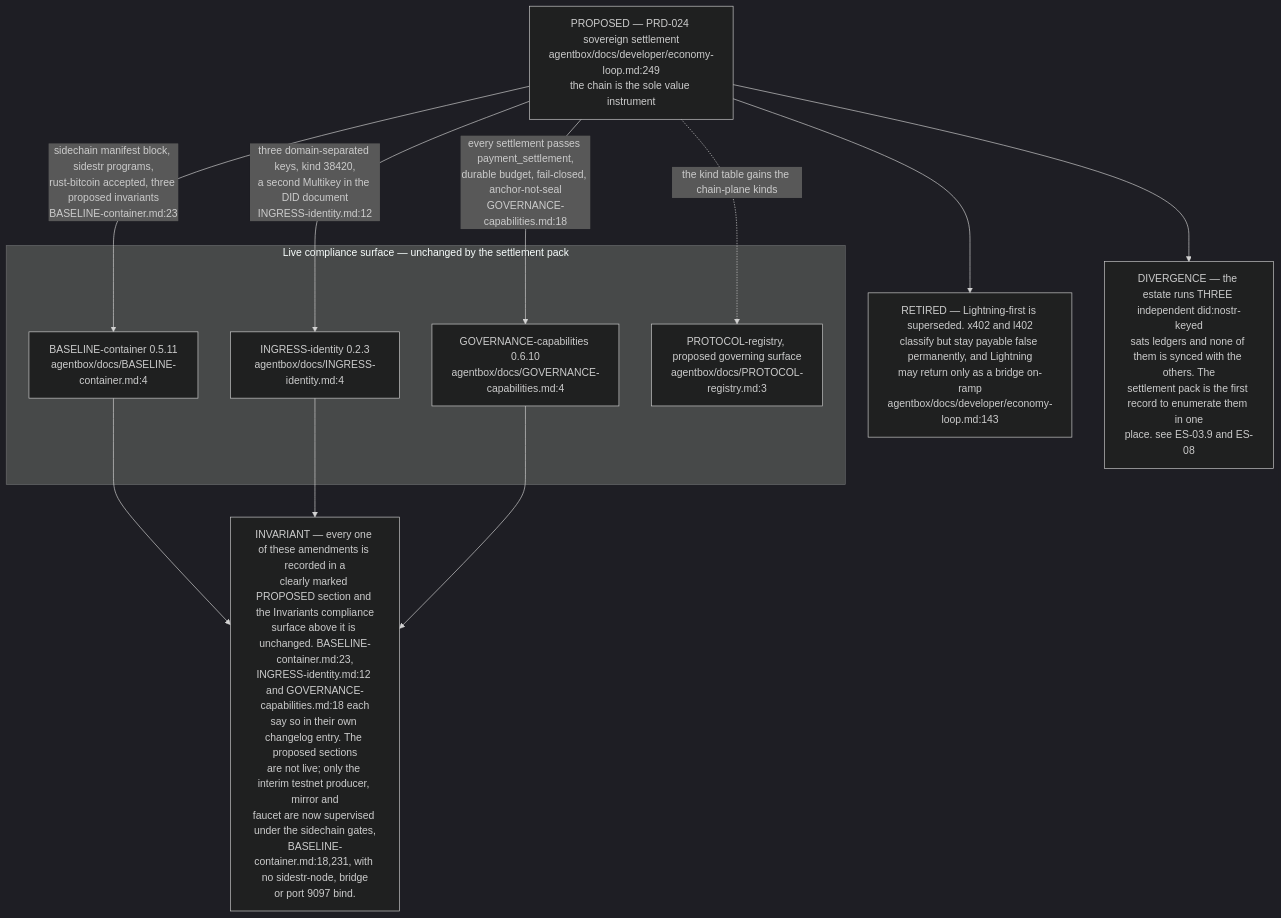
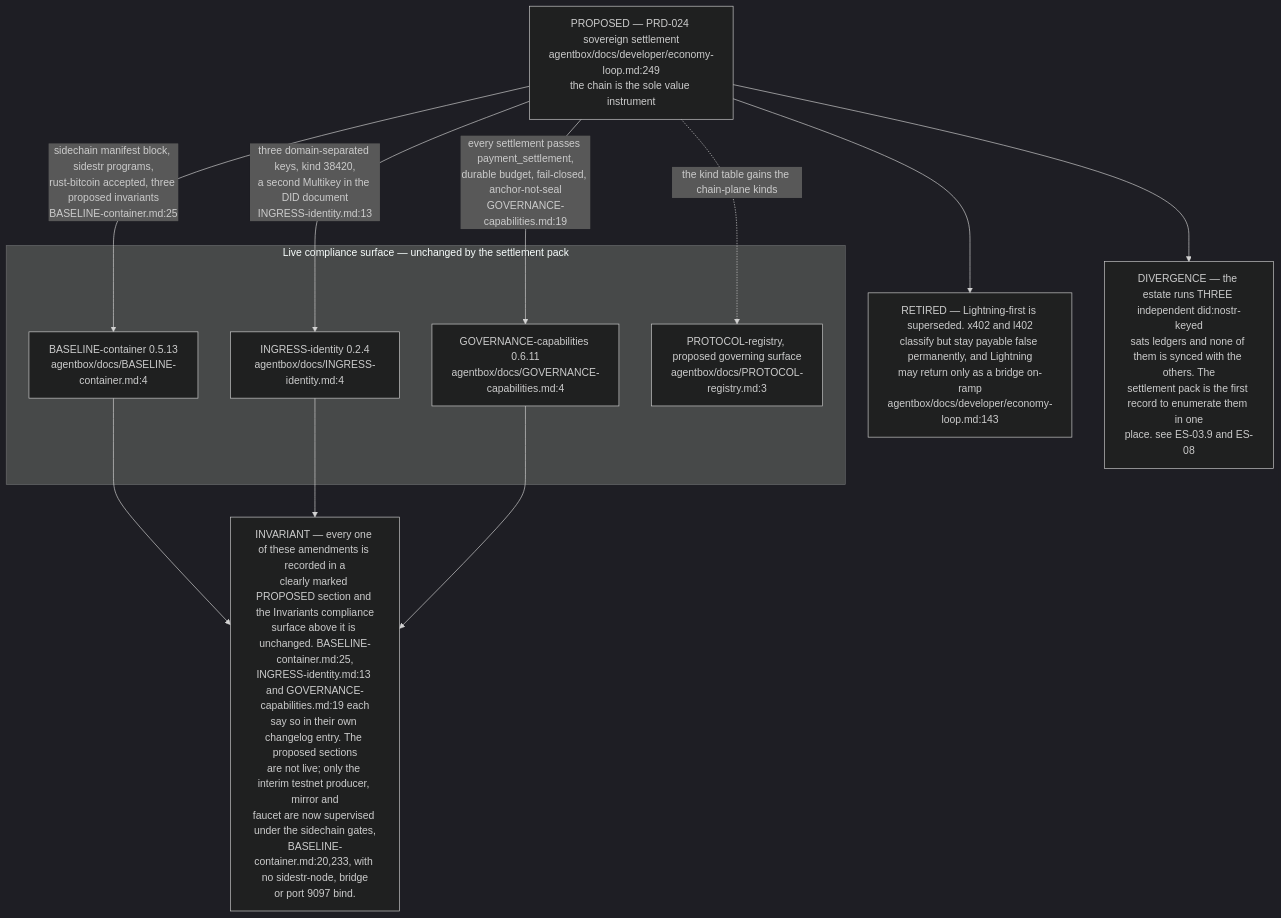
Before and after one commit to DreamLab-AI/VisionFlow: the eighth of 8 diagrams in docs/diagrams/estate/01-estate-topology.md, drawn with Mermaid (dark theme). The commit also changed other lines of this file and 145 other files, not shown here.

````diff
--- a/docs/diagrams/estate/01-estate-topology.md
+++ b/docs/diagrams/estate/01-estate-topology.md
@@ -332,27 +332,27 @@
 ```mermaid
 flowchart TB
     subgraph LIVE["Live compliance surface — unchanged by the settlement pack"]
-        BC["BASELINE-container 0.5.11<br/>agentbox/docs/BASELINE-container.md:4"]
-        IG["INGRESS-identity 0.2.3<br/>agentbox/docs/INGRESS-identity.md:4"]
-        GC["GOVERNANCE-capabilities 0.6.10<br/>agentbox/docs/GOVERNANCE-capabilities.md:4"]
+        BC["BASELINE-container 0.5.13<br/>agentbox/docs/BASELINE-container.md:4"]
+        IG["INGRESS-identity 0.2.4<br/>agentbox/docs/INGRESS-identity.md:4"]
+        GC["GOVERNANCE-capabilities 0.6.11<br/>agentbox/docs/GOVERNANCE-capabilities.md:4"]
         PR["PROTOCOL-registry, proposed governing surface<br/>agentbox/docs/PROTOCOL-registry.md:3"]
     end
 
     PRD["PROPOSED — PRD-024 sovereign settlement<br/>agentbox/docs/developer/economy-loop.md:249<br/>the chain is the sole value instrument"]
 
-    PRD -->|"sidechain manifest block, sidestr programs,<br/>rust-bitcoin accepted, three proposed invariants<br/>BASELINE-container.md:23"| BC
-    PRD -->|"three domain-separated keys, kind 38420,<br/>a second Multikey in the DID document<br/>INGRESS-identity.md:12"| IG
-    PRD -->|"every settlement passes payment_settlement,<br/>durable budget, fail-closed, anchor-not-seal<br/>GOVERNANCE-capabilities.md:18"| GC
+    PRD -->|"sidechain manifest block, sidestr programs,<br/>rust-bitcoin accepted, three proposed invariants<br/>BASELINE-container.md:25"| BC
+    PRD -->|"three domain-separated keys, kind 38420,<br/>a second Multikey in the DID document<br/>INGRESS-identity.md:13"| IG
+    PRD -->|"every settlement passes payment_settlement,<br/>durable budget, fail-closed, anchor-not-seal<br/>GOVERNANCE-capabilities.md:19"| GC
     PRD -.->|"the kind table gains the chain-plane kinds"| PR
 
     RET["RETIRED — Lightning-first is superseded. x402 and l402<br/>classify but stay payable false permanently, and Lightning<br/>may return only as a bridge on-ramp<br/>agentbox/docs/developer/economy-loop.md:143"]
     PRD --> RET
 
-    INV["INVARIANT — every one of these amendments is recorded in a<br/>clearly marked PROPOSED section and the Invariants compliance<br/>surface above it is unchanged. BASELINE-container.md:23,<br/>INGRESS-identity.md:12 and GOVERNANCE-capabilities.md:18 each<br/>say so in their own changelog entry. The proposed sections<br/>are not live; only the interim testnet producer, mirror and<br/>faucet are now supervised under the sidechain gates,<br/>BASELINE-container.md:18,231, with no sidestr-node, bridge<br/>or port 9097 bind."]
+    INV["INVARIANT — every one of these amendments is recorded in a<br/>clearly marked PROPOSED section and the Invariants compliance<br/>surface above it is unchanged. BASELINE-container.md:25,<br/>INGRESS-identity.md:13 and GOVERNANCE-capabilities.md:19 each<br/>say so in their own changelog entry. The proposed sections<br/>are not live; only the interim testnet producer, mirror and<br/>faucet are now supervised under the sidechain gates,<br/>BASELINE-container.md:20,233, with no sidestr-node, bridge<br/>or port 9097 bind."]
     BC --> INV
     IG --> INV
     GC --> INV
 
     LEDG["DIVERGENCE — the estate runs THREE independent did:nostr-keyed<br/>sats ledgers and none of them is synced with the others. The<br/>settlement pack is the first record to enumerate them in one<br/>place. see ES-03.9 and ES-08"]
     PRD --> LEDG
 ```
````
